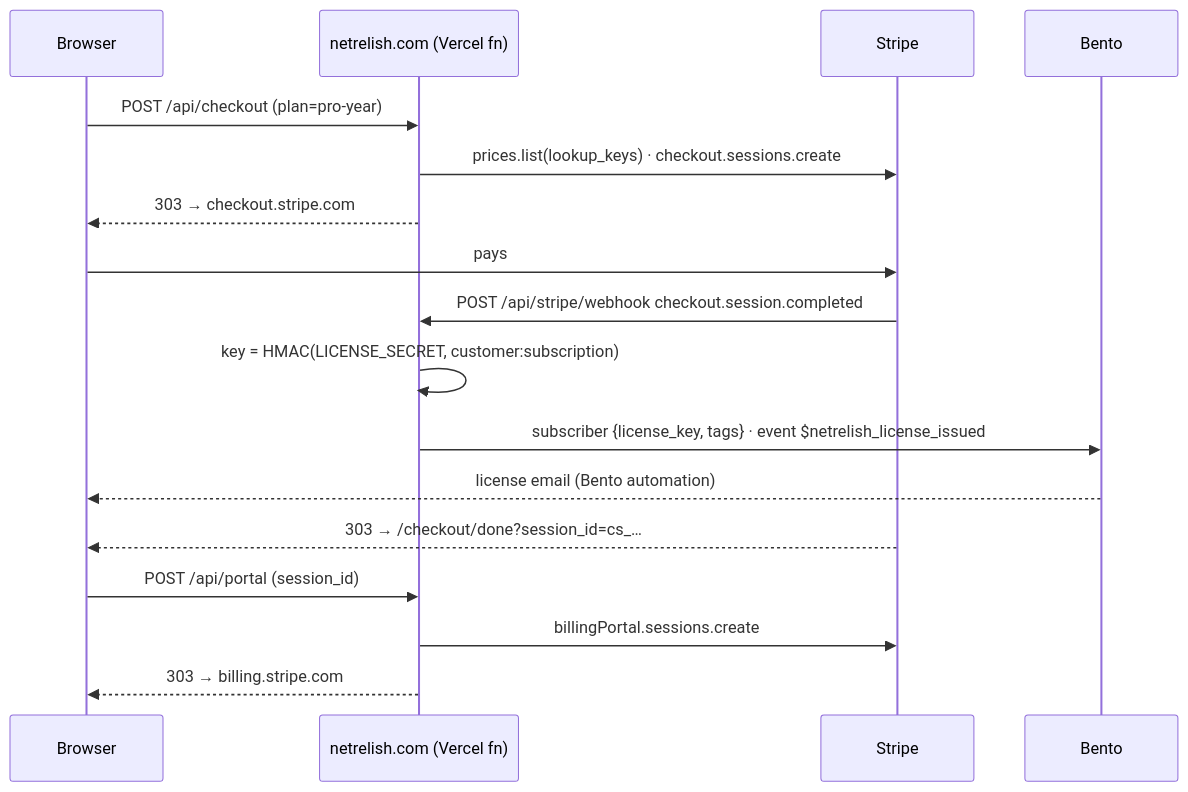
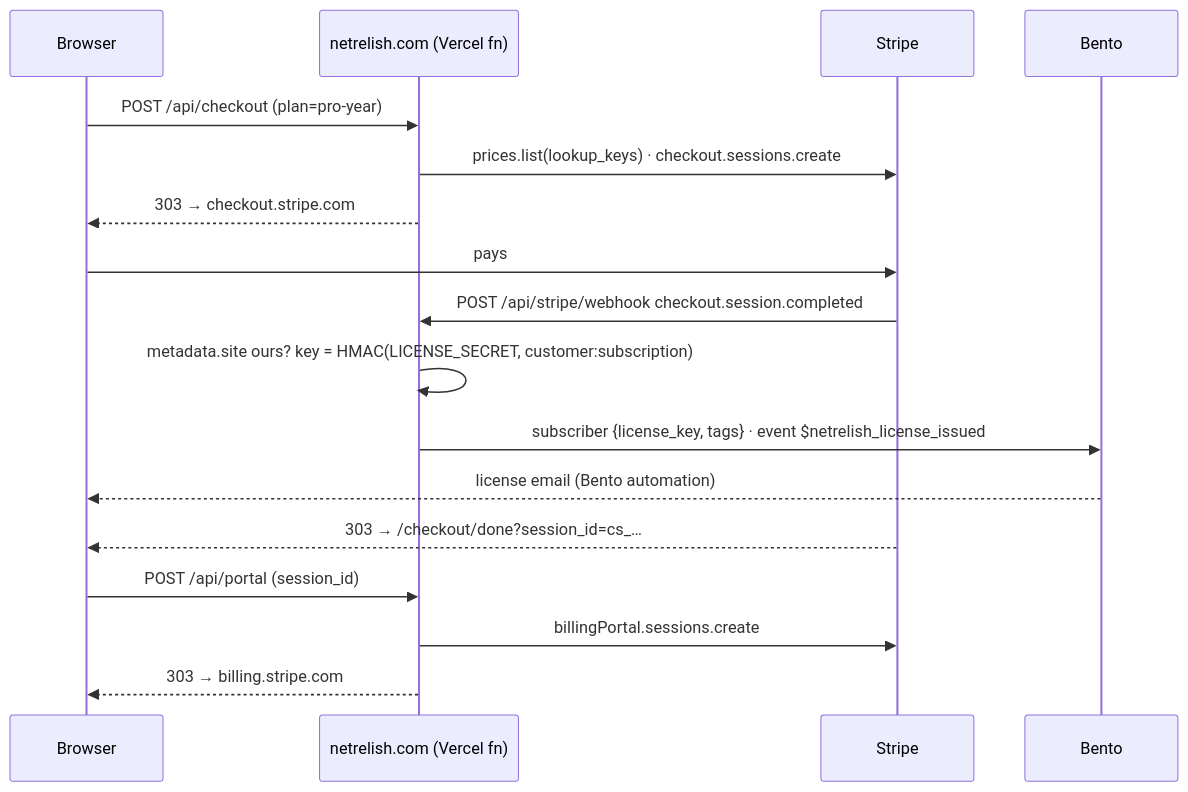
Before and after one commit to Shepdesign-LLC/netrelish-site: the diagram in docs/STRIPE.md, drawn with Mermaid. The commit also changed other lines of this file and 9 other files, not shown here.

````diff
--- a/docs/STRIPE.md
+++ b/docs/STRIPE.md
@@ -27,19 +40,19 @@
 ```mermaid
 sequenceDiagram
   participant B as Browser
   participant S as netrelish.com (Vercel fn)
   participant St as Stripe
   participant Be as Bento
   B->>S: POST /api/checkout (plan=pro-year)
   S->>St: prices.list(lookup_keys) · checkout.sessions.create
   S-->>B: 303 → checkout.stripe.com
   B->>St: pays
   St->>S: POST /api/stripe/webhook checkout.session.completed
-  S->>S: key = HMAC(LICENSE_SECRET, customer:subscription)
+  S->>S: metadata.site ours? key = HMAC(LICENSE_SECRET, customer:subscription)
   S->>Be: subscriber {license_key, tags} · event $netrelish_license_issued
   Be-->>B: license email (Bento automation)
   St-->>B: 303 → /checkout/done?session_id=cs_…
   B->>S: POST /api/portal (session_id)
   S->>St: billingPortal.sessions.create
   S-->>B: 303 → billing.stripe.com
 ```
````
